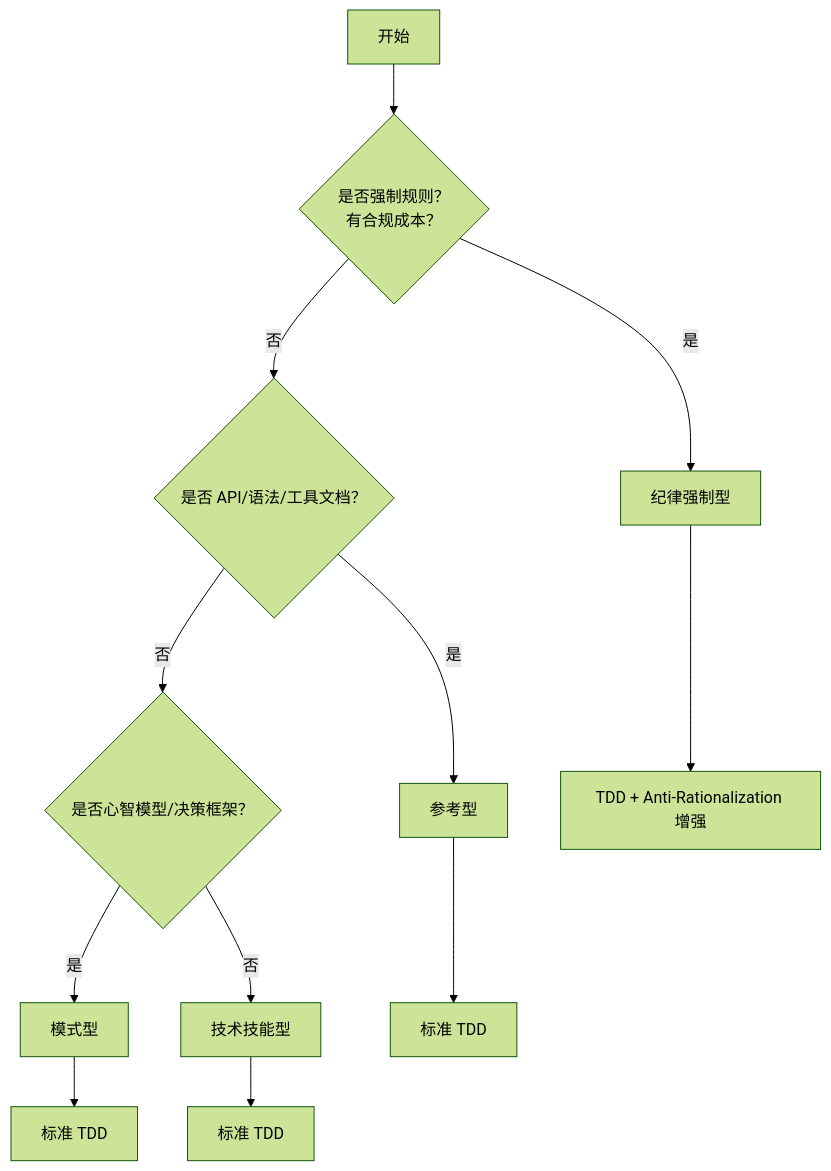
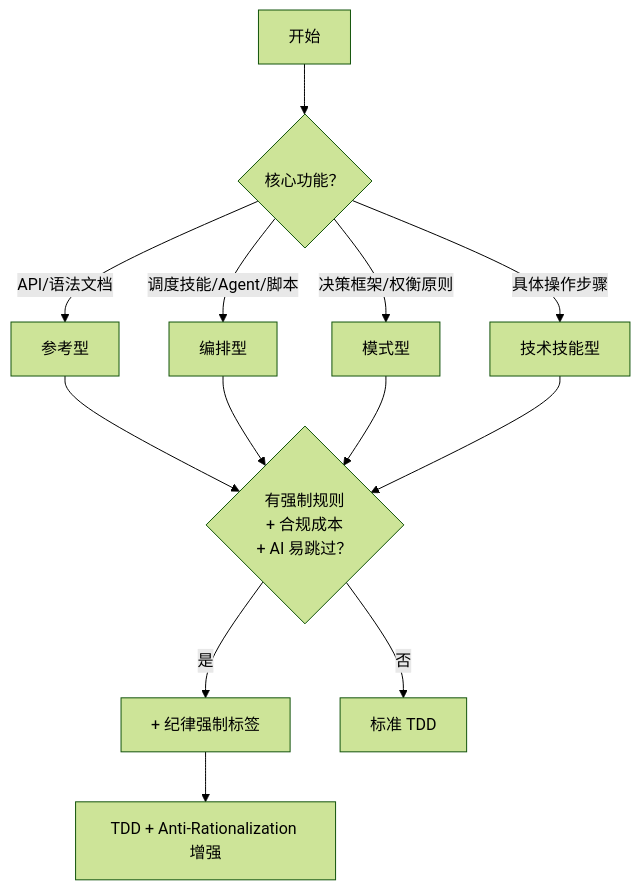
Before and after one commit to Z-JaDe/meta-skill: the second of 5 diagrams in skills/meta-skill/SKILL.md, drawn with Mermaid (forest theme). The commit also changed other lines of this file and 2 other files, not shown here.

````diff
--- a/skills/meta-skill/SKILL.md
+++ b/skills/meta-skill/SKILL.md
@@ -108,14 +136,17 @@
 ```mermaid
 flowchart TD
-    Start[开始] --> Q1{是否强制规则？<br/>有合规成本？}
-    Q1 -->|是 | Type1[纪律强制型]
-    Q1 -->|否 | Q2{是否 API/语法/工具文档？}
-    Q2 -->|是 | Type4[参考型]
-    Q2 -->|否 | Q3{是否心智模型/决策框架？}
-    Q3 -->|是 | Type3[模式型]
-    Q3 -->|否 | Type2[技术技能型]
-    Type1 --> T1[TDD + Anti-Rationalization 增强]
-    Type2 --> T2[标准 TDD]
-    Type3 --> T3[标准 TDD]
-    Type4 --> T4[标准 TDD]
+    Start[开始] --> Q1{核心功能？}
+    Q1 -->|API/语法文档| Type1[参考型]
+    Q1 -->|调度技能/Agent/脚本| Type2[编排型]
+    Q1 -->|决策框架/权衡原则| Type3[模式型]
+    Q1 -->|具体操作步骤| Type4[技术技能型]
+    
+    Type1 --> Q2{有强制规则<br/>+ 合规成本<br/>+ AI 易跳过？}
+    Type2 --> Q2
+    Type3 --> Q2
+    Type4 --> Q2
+    
+    Q2 -->|是| Label[+ 纪律强制标签]
+    Q2 -->|否| TDD1[标准 TDD]
+    Label --> TDD2[TDD + Anti-Rationalization 增强]
 ```
````
